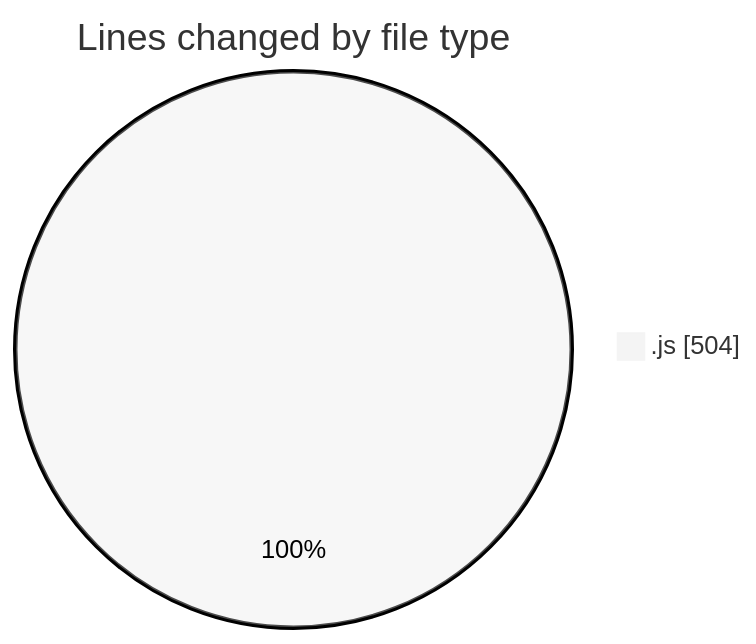
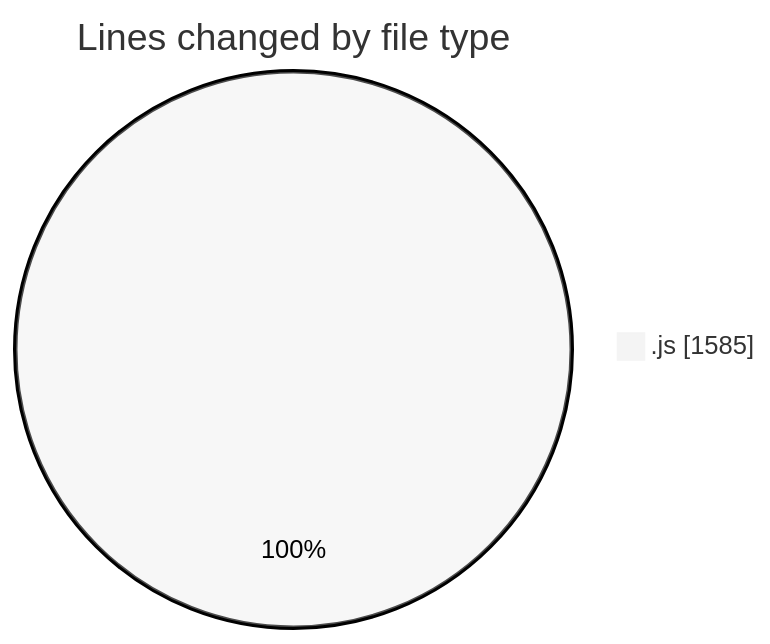
The first of 2 diagrams in 2025-12-09/nxtqube_webapp/README.md (nxtqubesakshisongat/code-tracking), drawn with Mermaid (neutral theme) before and after one commit. The commit also changed other lines of this file and 1 other file, not shown here.

````diff
--- a/2025-12-09/nxtqube_webapp/README.md
+++ b/2025-12-09/nxtqube_webapp/README.md
@@ -20,5 +20,5 @@
 ```mermaid
 pie showData
 title Lines changed by file type
-".js" : 504
+".js" : 1585
 ```
````
